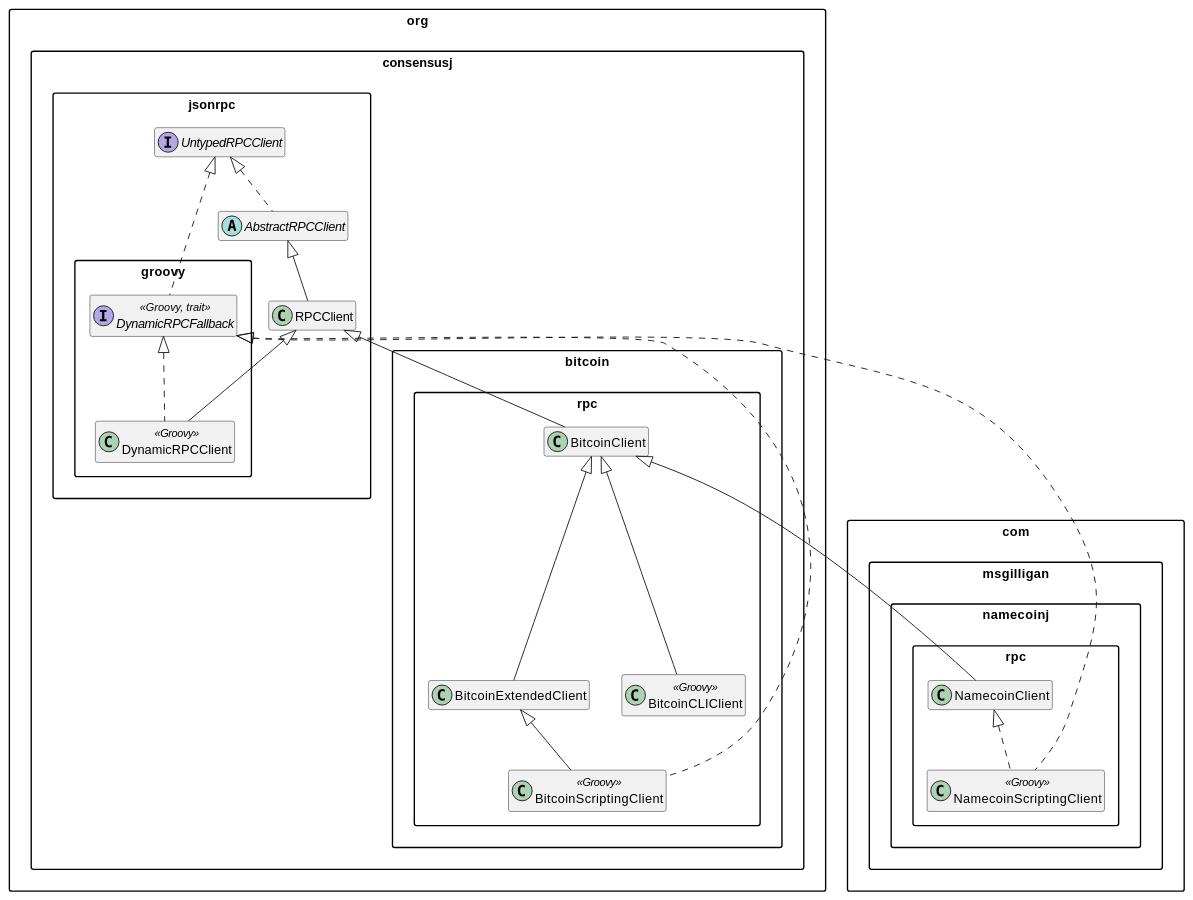
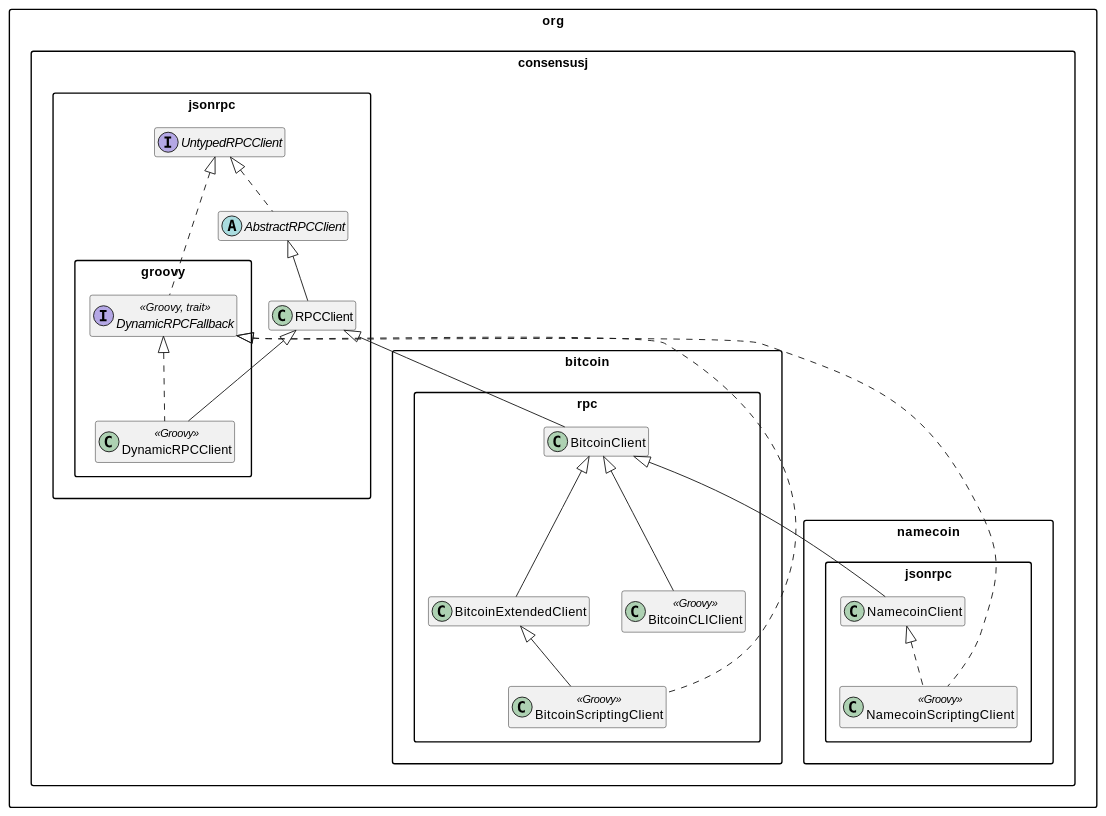
The diagram in doc/consensusj-user-guide.adoc (ConsensusJ/consensusj), drawn with PlantUML before and after one commit. The commit also changed 3 other files, not shown here.

Commit message:
com.msgilligan -> org.consensusj in a few last places

```diff
--- a/doc/consensusj-user-guide.adoc
+++ b/doc/consensusj-user-guide.adoc
@@ -18,49 +18,49 @@
 [plantuml, format="svg", id="Class Diagram"]
 ....
 skinparam packageStyle Rect
 skinparam shadowing false
 hide empty members
 
 namespace org.consensusj.jsonrpc {
     interface UntypedRPCClient
     abstract class AbstractRPCClient
     class RPCClient
 
     UntypedRPCClient <|.. AbstractRPCClient
     AbstractRPCClient <|-- RPCClient
 
 }
 
 namespace org.consensusj.jsonrpc.groovy {
   interface DynamicRPCFallback << Groovy, trait >>
   class DynamicRPCClient << Groovy >>
 
   org.consensusj.jsonrpc.UntypedRPCClient <|.. DynamicRPCFallback
   org.consensusj.jsonrpc.RPCClient <|-- DynamicRPCClient
   DynamicRPCFallback <|.. DynamicRPCClient
 }
 
 namespace org.consensusj.bitcoin.rpc {
     class BitcoinClient
     class BitcoinExtendedClient
 
     class BitcoinScriptingClient << Groovy >>
     class BitcoinCLIClient << Groovy >>
 
 
     org.consensusj.jsonrpc.RPCClient <|-- BitcoinClient
     BitcoinClient <|-- BitcoinExtendedClient
     BitcoinExtendedClient <|-- BitcoinScriptingClient
     org.consensusj.jsonrpc.groovy.DynamicRPCFallback <|.. BitcoinScriptingClient
     BitcoinClient <|-- BitcoinCLIClient
 }
 
-namespace com.msgilligan.namecoinj.rpc {
+namespace org.consensusj.namecoin.jsonrpc {
     class NamecoinClient
     class NamecoinScriptingClient << Groovy >>
 
     org.consensusj.bitcoin.rpc.BitcoinClient <|-- NamecoinClient
     NamecoinClient <|.. NamecoinScriptingClient
     org.consensusj.jsonrpc.groovy.DynamicRPCFallback <|.. NamecoinScriptingClient
 }
 ....
```
